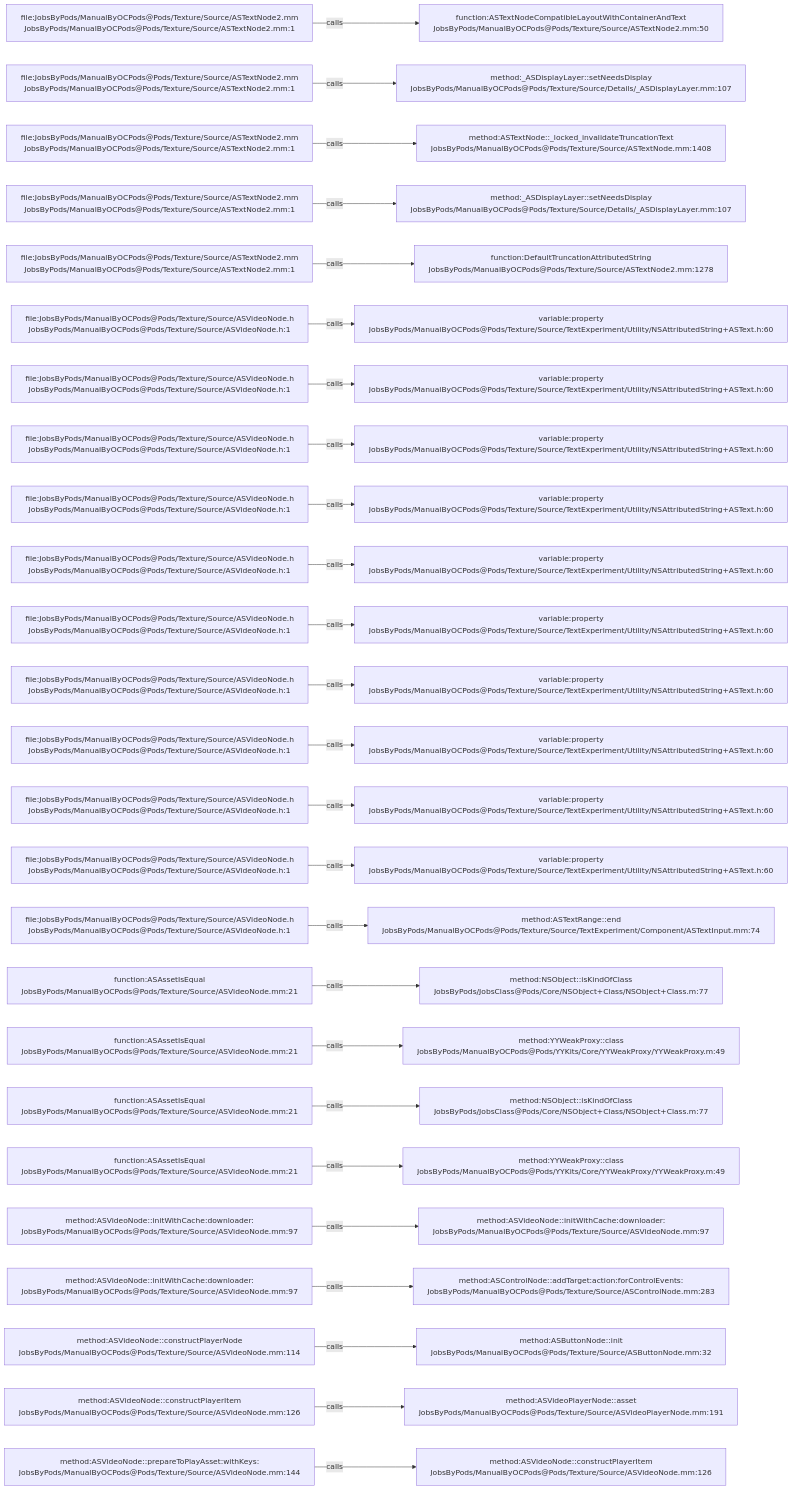
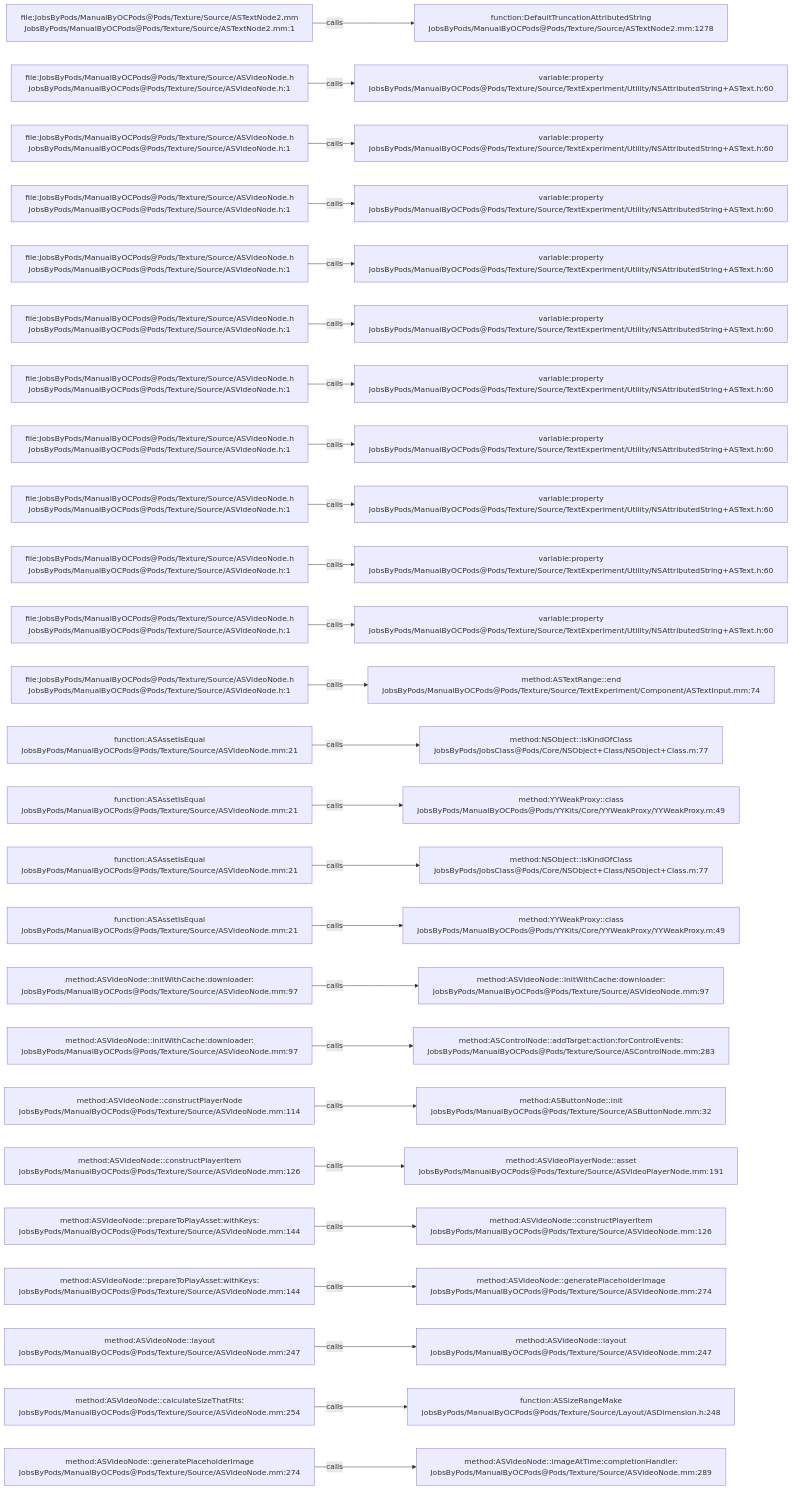
One commit to JobsKits/JobsOCBaseConfigDemo changed the diagram in .codegraph/codegraph.md/graphs/calls-140.md. Above: the diagram before and after it, drawn with Mermaid. The commit also changed 727 other files, not shown here.

````diff
--- a/.codegraph/codegraph.md/graphs/calls-140.md
+++ b/.codegraph/codegraph.md/graphs/calls-140.md
@@ -13,78 +13,78 @@
 ```mermaid
 flowchart LR
   S1["file:JobsByPods/ManualByOCPods@Pods/Texture/Source/ASTextNode2.mm<br/>JobsByPods/ManualByOCPods@Pods/Texture/Source/ASTextNode2.mm:1"]
-  T1["function:ASTextNodeCompatibleLayoutWithContainerAndText<br/>JobsByPods/ManualByOCPods@Pods/Texture/Source/ASTextNode2.mm:50"]
+  T1["function:DefaultTruncationAttributedString<br/>JobsByPods/ManualByOCPods@Pods/Texture/Source/ASTextNode2.mm:1278"]
   S1 -->|calls| T1
-  S2["file:JobsByPods/ManualByOCPods@Pods/Texture/Source/ASTextNode2.mm<br/>JobsByPods/ManualByOCPods@Pods/Texture/Source/ASTextNode2.mm:1"]
-  T2["method:_ASDisplayLayer::setNeedsDisplay<br/>JobsByPods/ManualByOCPods@Pods/Texture/Source/Details/_ASDisplayLayer.mm:107"]
+  S2["file:JobsByPods/ManualByOCPods@Pods/Texture/Source/ASVideoNode.h<br/>JobsByPods/ManualByOCPods@Pods/Texture/Source/ASVideoNode.h:1"]
+  T2["variable:property<br/>JobsByPods/ManualByOCPods@Pods/Texture/Source/TextExperiment/Utility/NSAttributedString+ASText.h:60"]
   S2 -->|calls| T2
-  S3["file:JobsByPods/ManualByOCPods@Pods/Texture/Source/ASTextNode2.mm<br/>JobsByPods/ManualByOCPods@Pods/Texture/Source/ASTextNode2.mm:1"]
-  T3["method:ASTextNode::_locked_invalidateTruncationText<br/>JobsByPods/ManualByOCPods@Pods/Texture/Source/ASTextNode.mm:1408"]
+  S3["file:JobsByPods/ManualByOCPods@Pods/Texture/Source/ASVideoNode.h<br/>JobsByPods/ManualByOCPods@Pods/Texture/Source/ASVideoNode.h:1"]
+  T3["variable:property<br/>JobsByPods/ManualByOCPods@Pods/Texture/Source/TextExperiment/Utility/NSAttributedString+ASText.h:60"]
   S3 -->|calls| T3
-  S4["file:JobsByPods/ManualByOCPods@Pods/Texture/Source/ASTextNode2.mm<br/>JobsByPods/ManualByOCPods@Pods/Texture/Source/ASTextNode2.mm:1"]
-  T4["method:_ASDisplayLayer::setNeedsDisplay<br/>JobsByPods/ManualByOCPods@Pods/Texture/Source/Details/_ASDisplayLayer.mm:107"]
+  S4["file:JobsByPods/ManualByOCPods@Pods/Texture/Source/ASVideoNode.h<br/>JobsByPods/ManualByOCPods@Pods/Texture/Source/ASVideoNode.h:1"]
+  T4["variable:property<br/>JobsByPods/ManualByOCPods@Pods/Texture/Source/TextExperiment/Utility/NSAttributedString+ASText.h:60"]
   S4 -->|calls| T4
-  S5["file:JobsByPods/ManualByOCPods@Pods/Texture/Source/ASTextNode2.mm<br/>JobsByPods/ManualByOCPods@Pods/Texture/Source/ASTextNode2.mm:1"]
-  T5["function:DefaultTruncationAttributedString<br/>JobsByPods/ManualByOCPods@Pods/Texture/Source/ASTextNode2.mm:1278"]
+  S5["file:JobsByPods/ManualByOCPods@Pods/Texture/Source/ASVideoNode.h<br/>JobsByPods/ManualByOCPods@Pods/Texture/Source/ASVideoNode.h:1"]
+  T5["variable:property<br/>JobsByPods/ManualByOCPods@Pods/Texture/Source/TextExperiment/Utility/NSAttributedString+ASText.h:60"]
   S5 -->|calls| T5
   S6["file:JobsByPods/ManualByOCPods@Pods/Texture/Source/ASVideoNode.h<br/>JobsByPods/ManualByOCPods@Pods/Texture/Source/ASVideoNode.h:1"]
   T6["variable:property<br/>JobsByPods/ManualByOCPods@Pods/Texture/Source/TextExperiment/Utility/NSAttributedString+ASText.h:60"]
   S6 -->|calls| T6
   S7["file:JobsByPods/ManualByOCPods@Pods/Texture/Source/ASVideoNode.h<br/>JobsByPods/ManualByOCPods@Pods/Texture/Source/ASVideoNode.h:1"]
   T7["variable:property<br/>JobsByPods/ManualByOCPods@Pods/Texture/Source/TextExperiment/Utility/NSAttributedString+ASText.h:60"]
   S7 -->|calls| T7
   S8["file:JobsByPods/ManualByOCPods@Pods/Texture/Source/ASVideoNode.h<br/>JobsByPods/ManualByOCPods@Pods/Texture/Source/ASVideoNode.h:1"]
   T8["variable:property<br/>JobsByPods/ManualByOCPods@Pods/Texture/Source/TextExperiment/Utility/NSAttributedString+ASText.h:60"]
   S8 -->|calls| T8
   S9["file:JobsByPods/ManualByOCPods@Pods/Texture/Source/ASVideoNode.h<br/>JobsByPods/ManualByOCPods@Pods/Texture/Source/ASVideoNode.h:1"]
   T9["variable:property<br/>JobsByPods/ManualByOCPods@Pods/Texture/Source/TextExperiment/Utility/NSAttributedString+ASText.h:60"]
   S9 -->|calls| T9
   S10["file:JobsByPods/ManualByOCPods@Pods/Texture/Source/ASVideoNode.h<br/>JobsByPods/ManualByOCPods@Pods/Texture/Source/ASVideoNode.h:1"]
   T10["variable:property<br/>JobsByPods/ManualByOCPods@Pods/Texture/Source/TextExperiment/Utility/NSAttributedString+ASText.h:60"]
   S10 -->|calls| T10
   S11["file:JobsByPods/ManualByOCPods@Pods/Texture/Source/ASVideoNode.h<br/>JobsByPods/ManualByOCPods@Pods/Texture/Source/ASVideoNode.h:1"]
   T11["variable:property<br/>JobsByPods/ManualByOCPods@Pods/Texture/Source/TextExperiment/Utility/NSAttributedString+ASText.h:60"]
   S11 -->|calls| T11
   S12["file:JobsByPods/ManualByOCPods@Pods/Texture/Source/ASVideoNode.h<br/>JobsByPods/ManualByOCPods@Pods/Texture/Source/ASVideoNode.h:1"]
-  T12["variable:property<br/>JobsByPods/ManualByOCPods@Pods/Texture/Source/TextExperiment/Utility/NSAttributedString+ASText.h:60"]
+  T12["method:ASTextRange::end<br/>JobsByPods/ManualByOCPods@Pods/Texture/Source/TextExperiment/Component/ASTextInput.mm:74"]
   S12 -->|calls| T12
-  S13["file:JobsByPods/ManualByOCPods@Pods/Texture/Source/ASVideoNode.h<br/>JobsByPods/ManualByOCPods@Pods/Texture/Source/ASVideoNode.h:1"]
-  T13["variable:property<br/>JobsByPods/ManualByOCPods@Pods/Texture/Source/TextExperiment/Utility/NSAttributedString+ASText.h:60"]
+  S13["function:ASAssetIsEqual<br/>JobsByPods/ManualByOCPods@Pods/Texture/Source/ASVideoNode.mm:21"]
+  T13["method:NSObject::isKindOfClass<br/>JobsByPods/JobsClass@Pods/Core/NSObject+Class/NSObject+Class.m:77"]
   S13 -->|calls| T13
-  S14["file:JobsByPods/ManualByOCPods@Pods/Texture/Source/ASVideoNode.h<br/>JobsByPods/ManualByOCPods@Pods/Texture/Source/ASVideoNode.h:1"]
-  T14["variable:property<br/>JobsByPods/ManualByOCPods@Pods/Texture/Source/TextExperiment/Utility/NSAttributedString+ASText.h:60"]
+  S14["function:ASAssetIsEqual<br/>JobsByPods/ManualByOCPods@Pods/Texture/Source/ASVideoNode.mm:21"]
+  T14["method:YYWeakProxy::class<br/>JobsByPods/ManualByOCPods@Pods/YYKits/Core/YYWeakProxy/YYWeakProxy.m:49"]
   S14 -->|calls| T14
-  S15["file:JobsByPods/ManualByOCPods@Pods/Texture/Source/ASVideoNode.h<br/>JobsByPods/ManualByOCPods@Pods/Texture/Source/ASVideoNode.h:1"]
-  T15["variable:property<br/>JobsByPods/ManualByOCPods@Pods/Texture/Source/TextExperiment/Utility/NSAttributedString+ASText.h:60"]
+  S15["function:ASAssetIsEqual<br/>JobsByPods/ManualByOCPods@Pods/Texture/Source/ASVideoNode.mm:21"]
+  T15["method:NSObject::isKindOfClass<br/>JobsByPods/JobsClass@Pods/Core/NSObject+Class/NSObject+Class.m:77"]
   S15 -->|calls| T15
-  S16["file:JobsByPods/ManualByOCPods@Pods/Texture/Source/ASVideoNode.h<br/>JobsByPods/ManualByOCPods@Pods/Texture/Source/ASVideoNode.h:1"]
-  T16["method:ASTextRange::end<br/>JobsByPods/ManualByOCPods@Pods/Texture/Source/TextExperiment/Component/ASTextInput.mm:74"]
+  S16["function:ASAssetIsEqual<br/>JobsByPods/ManualByOCPods@Pods/Texture/Source/ASVideoNode.mm:21"]
+  T16["method:YYWeakProxy::class<br/>JobsByPods/ManualByOCPods@Pods/YYKits/Core/YYWeakProxy/YYWeakProxy.m:49"]
   S16 -->|calls| T16
-  S17["function:ASAssetIsEqual<br/>JobsByPods/ManualByOCPods@Pods/Texture/Source/ASVideoNode.mm:21"]
-  T17["method:NSObject::isKindOfClass<br/>JobsByPods/JobsClass@Pods/Core/NSObject+Class/NSObject+Class.m:77"]
+  S17["method:ASVideoNode::initWithCache:downloader:<br/>JobsByPods/ManualByOCPods@Pods/Texture/Source/ASVideoNode.mm:97"]
+  T17["method:ASVideoNode::initWithCache:downloader:<br/>JobsByPods/ManualByOCPods@Pods/Texture/Source/ASVideoNode.mm:97"]
   S17 -->|calls| T17
-  S18["function:ASAssetIsEqual<br/>JobsByPods/ManualByOCPods@Pods/Texture/Source/ASVideoNode.mm:21"]
-  T18["method:YYWeakProxy::class<br/>JobsByPods/ManualByOCPods@Pods/YYKits/Core/YYWeakProxy/YYWeakProxy.m:49"]
+  S18["method:ASVideoNode::initWithCache:downloader:<br/>JobsByPods/ManualByOCPods@Pods/Texture/Source/ASVideoNode.mm:97"]
+  T18["method:ASControlNode::addTarget:action:forControlEvents:<br/>JobsByPods/ManualByOCPods@Pods/Texture/Source/ASControlNode.mm:283"]
   S18 -->|calls| T18
-  S19["function:ASAssetIsEqual<br/>JobsByPods/ManualByOCPods@Pods/Texture/Source/ASVideoNode.mm:21"]
-  T19["method:NSObject::isKindOfClass<br/>JobsByPods/JobsClass@Pods/Core/NSObject+Class/NSObject+Class.m:77"]
+  S19["method:ASVideoNode::constructPlayerNode<br/>JobsByPods/ManualByOCPods@Pods/Texture/Source/ASVideoNode.mm:114"]
+  T19["method:ASButtonNode::init<br/>JobsByPods/ManualByOCPods@Pods/Texture/Source/ASButtonNode.mm:32"]
   S19 -->|calls| T19
-  S20["function:ASAssetIsEqual<br/>JobsByPods/ManualByOCPods@Pods/Texture/Source/ASVideoNode.mm:21"]
-  T20["method:YYWeakProxy::class<br/>JobsByPods/ManualByOCPods@Pods/YYKits/Core/YYWeakProxy/YYWeakProxy.m:49"]
+  S20["method:ASVideoNode::constructPlayerItem<br/>JobsByPods/ManualByOCPods@Pods/Texture/Source/ASVideoNode.mm:126"]
+  T20["method:ASVideoPlayerNode::asset<br/>JobsByPods/ManualByOCPods@Pods/Texture/Source/ASVideoPlayerNode.mm:191"]
   S20 -->|calls| T20
-  S21["method:ASVideoNode::initWithCache:downloader:<br/>JobsByPods/ManualByOCPods@Pods/Texture/Source/ASVideoNode.mm:97"]
-  T21["method:ASVideoNode::initWithCache:downloader:<br/>JobsByPods/ManualByOCPods@Pods/Texture/Source/ASVideoNode.mm:97"]
+  S21["method:ASVideoNode::prepareToPlayAsset:withKeys:<br/>JobsByPods/ManualByOCPods@Pods/Texture/Source/ASVideoNode.mm:144"]
+  T21["method:ASVideoNode::constructPlayerItem<br/>JobsByPods/ManualByOCPods@Pods/Texture/Source/ASVideoNode.mm:126"]
   S21 -->|calls| T21
-  S22["method:ASVideoNode::initWithCache:downloader:<br/>JobsByPods/ManualByOCPods@Pods/Texture/Source/ASVideoNode.mm:97"]
-  T22["method:ASControlNode::addTarget:action:forControlEvents:<br/>JobsByPods/ManualByOCPods@Pods/Texture/Source/ASControlNode.mm:283"]
+  S22["method:ASVideoNode::prepareToPlayAsset:withKeys:<br/>JobsByPods/ManualByOCPods@Pods/Texture/Source/ASVideoNode.mm:144"]
+  T22["method:ASVideoNode::generatePlaceholderImage<br/>JobsByPods/ManualByOCPods@Pods/Texture/Source/ASVideoNode.mm:274"]
   S22 -->|calls| T22
-  S23["method:ASVideoNode::constructPlayerNode<br/>JobsByPods/ManualByOCPods@Pods/Texture/Source/ASVideoNode.mm:114"]
-  T23["method:ASButtonNode::init<br/>JobsByPods/ManualByOCPods@Pods/Texture/Source/ASButtonNode.mm:32"]
+  S23["method:ASVideoNode::layout<br/>JobsByPods/ManualByOCPods@Pods/Texture/Source/ASVideoNode.mm:247"]
+  T23["method:ASVideoNode::layout<br/>JobsByPods/ManualByOCPods@Pods/Texture/Source/ASVideoNode.mm:247"]
   S23 -->|calls| T23
-  S24["method:ASVideoNode::constructPlayerItem<br/>JobsByPods/ManualByOCPods@Pods/Texture/Source/ASVideoNode.mm:126"]
-  T24["method:ASVideoPlayerNode::asset<br/>JobsByPods/ManualByOCPods@Pods/Texture/Source/ASVideoPlayerNode.mm:191"]
+  S24["method:ASVideoNode::calculateSizeThatFits:<br/>JobsByPods/ManualByOCPods@Pods/Texture/Source/ASVideoNode.mm:254"]
+  T24["function:ASSizeRangeMake<br/>JobsByPods/ManualByOCPods@Pods/Texture/Source/Layout/ASDimension.h:248"]
   S24 -->|calls| T24
-  S25["method:ASVideoNode::prepareToPlayAsset:withKeys:<br/>JobsByPods/ManualByOCPods@Pods/Texture/Source/ASVideoNode.mm:144"]
-  T25["method:ASVideoNode::constructPlayerItem<br/>JobsByPods/ManualByOCPods@Pods/Texture/Source/ASVideoNode.mm:126"]
+  S25["method:ASVideoNode::generatePlaceholderImage<br/>JobsByPods/ManualByOCPods@Pods/Texture/Source/ASVideoNode.mm:274"]
+  T25["method:ASVideoNode::imageAtTime:completionHandler:<br/>JobsByPods/ManualByOCPods@Pods/Texture/Source/ASVideoNode.mm:289"]
   S25 -->|calls| T25
 ```
````
